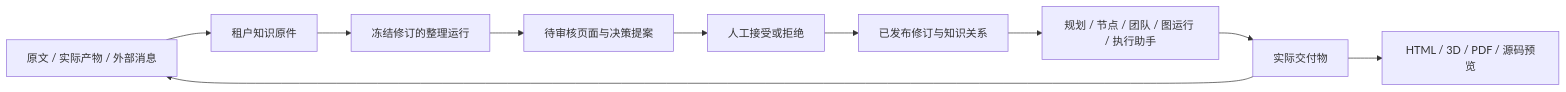
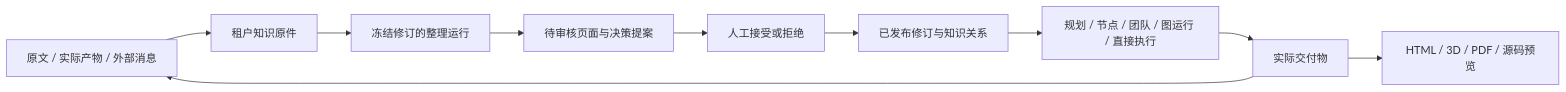
Before and after one commit to Clawhunt-Site/AwwO: the diagram in docs/knowledge-workbench.md, drawn with Mermaid. The commit also changed other lines of this file and 24 other files, not shown here.

````diff
--- a/docs/knowledge-workbench.md
+++ b/docs/knowledge-workbench.md
@@ -129,12 +129,12 @@
 ```mermaid
 flowchart LR
   S[原文 / 实际产物 / 外部消息] --> K[租户知识原件]
   K --> C[冻结修订的整理运行]
   C --> P[待审核页面与决策提案]
   P --> R[人工接受或拒绝]
   R --> V[已发布修订与知识关系]
-  V --> T[规划 / 节点 / 团队 / 图运行 / 执行助手]
+  V --> T[规划 / 节点 / 团队 / 图运行 / 直接执行]
   T --> A[实际交付物]
   A --> S
   A --> D[HTML / 3D / PDF / 源码预览]
 ```
````
